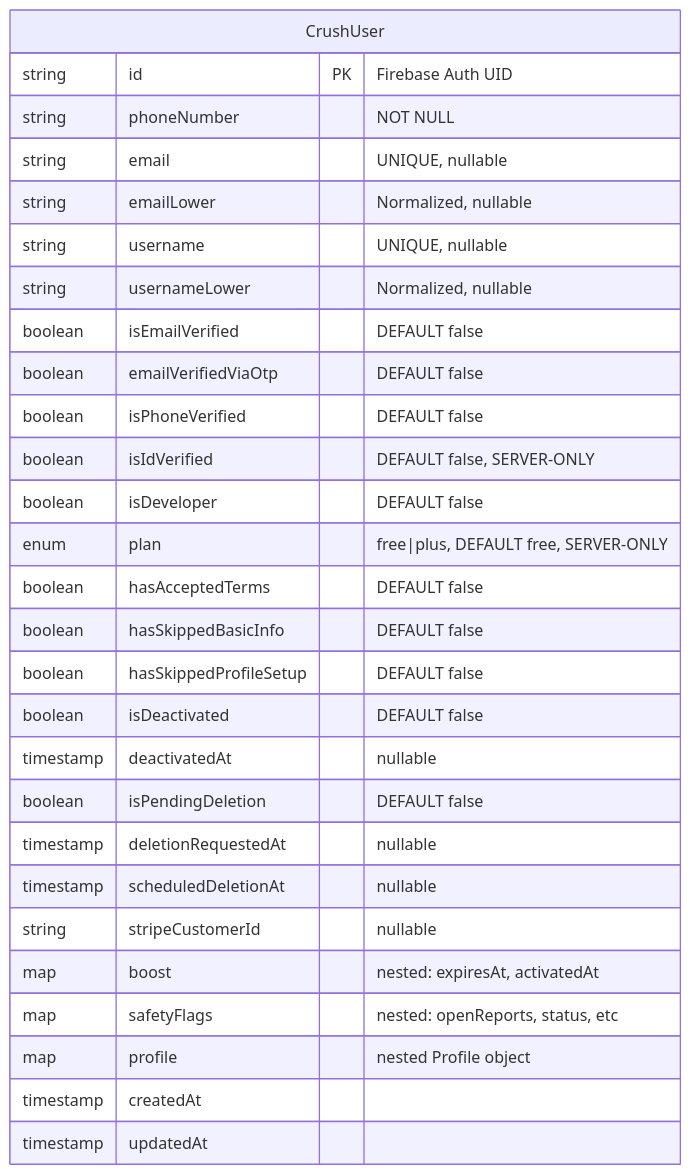
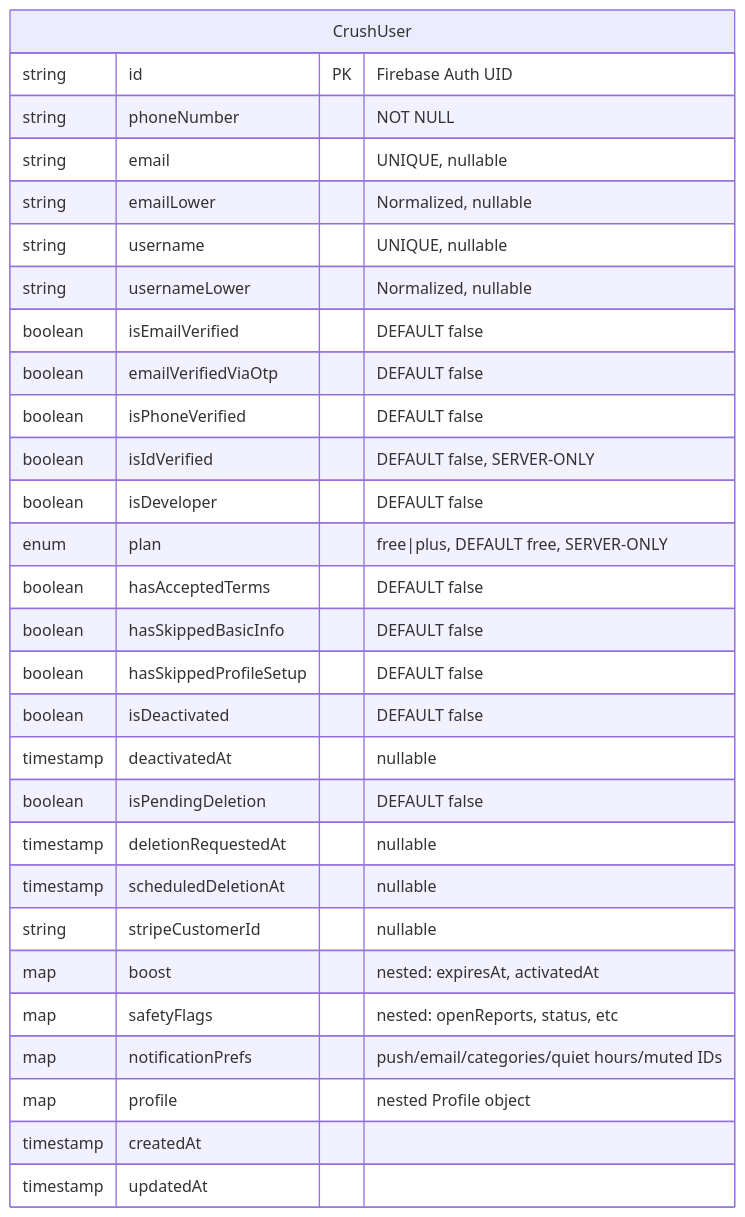
Before and after one commit to Aceadk/my_first_project: the second of 28 diagrams in docs/project_er_diagram.md, drawn with Mermaid. The commit also changed other lines of this file and 110 other files, not shown here.

````diff
--- a/docs/project_er_diagram.md
+++ b/docs/project_er_diagram.md
@@ -251,31 +253,32 @@
 ```mermaid
 erDiagram
     CrushUser {
         string id PK "Firebase Auth UID"
         string phoneNumber "NOT NULL"
         string email "UNIQUE, nullable"
         string emailLower "Normalized, nullable"
         string username "UNIQUE, nullable"
         string usernameLower "Normalized, nullable"
         boolean isEmailVerified "DEFAULT false"
         boolean emailVerifiedViaOtp "DEFAULT false"
         boolean isPhoneVerified "DEFAULT false"
         boolean isIdVerified "DEFAULT false, SERVER-ONLY"
         boolean isDeveloper "DEFAULT false"
         enum plan "free|plus, DEFAULT free, SERVER-ONLY"
         boolean hasAcceptedTerms "DEFAULT false"
         boolean hasSkippedBasicInfo "DEFAULT false"
         boolean hasSkippedProfileSetup "DEFAULT false"
         boolean isDeactivated "DEFAULT false"
         timestamp deactivatedAt "nullable"
         boolean isPendingDeletion "DEFAULT false"
         timestamp deletionRequestedAt "nullable"
         timestamp scheduledDeletionAt "nullable"
         string stripeCustomerId "nullable"
         map boost "nested: expiresAt, activatedAt"
         map safetyFlags "nested: openReports, status, etc"
+        map notificationPrefs "push/email/categories/quiet hours/muted IDs"
         map profile "nested Profile object"
         timestamp createdAt
         timestamp updatedAt
     }
 ```
````
